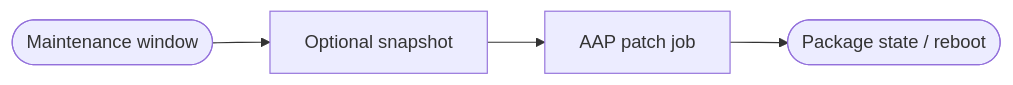
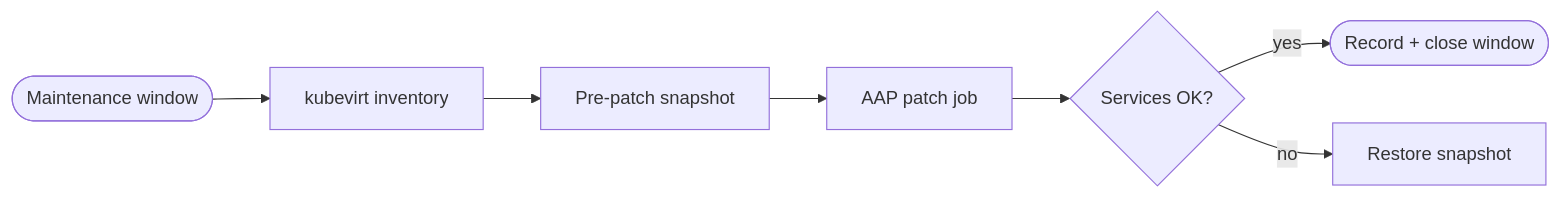
The diagram in README-Virtualization-Use-Case-07-Patch-and-Package-Management.md (ansible-tmm/solution-guides), drawn with Mermaid before and after one commit. The commit also changed other lines of this file and 9 other files, not shown here.

````diff
--- a/README-Virtualization-Use-Case-07-Patch-and-Package-Management.md
+++ b/README-Virtualization-Use-Case-07-Patch-and-Package-Management.md
@@ -49,6 +54,9 @@
 ```mermaid
 graph LR
-  Window([Maintenance window]) --> Snap[Optional snapshot]
+  Window([Maintenance window]) --> Inventory[kubevirt inventory]
+  Inventory --> Snap[Pre-patch snapshot]
   Snap --> Patch[AAP patch job]
-  Patch --> Verify([Package state / reboot])
+  Patch --> Verify{Services OK?}
+  Verify -->|yes| Close([Record + close window])
+  Verify -->|no| Rollback[Restore snapshot]
 ```
````
